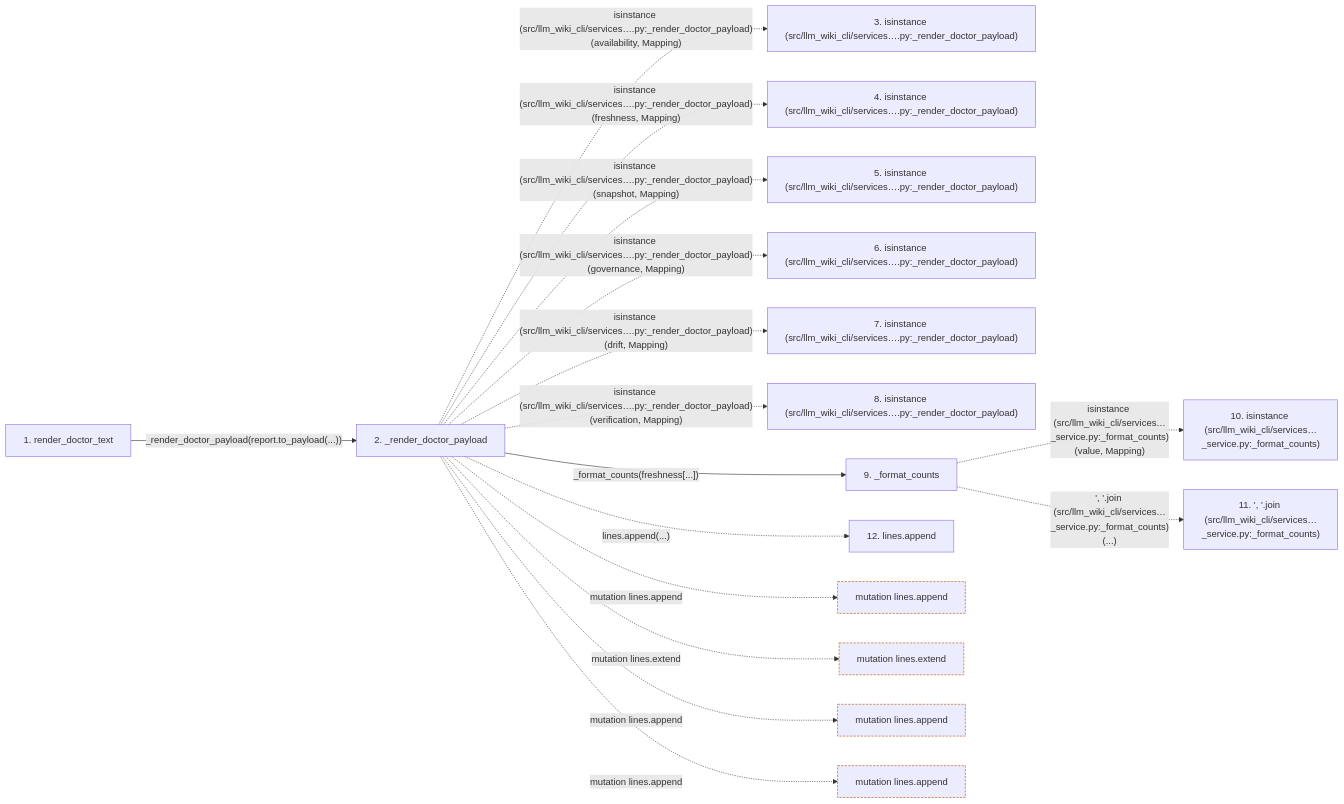
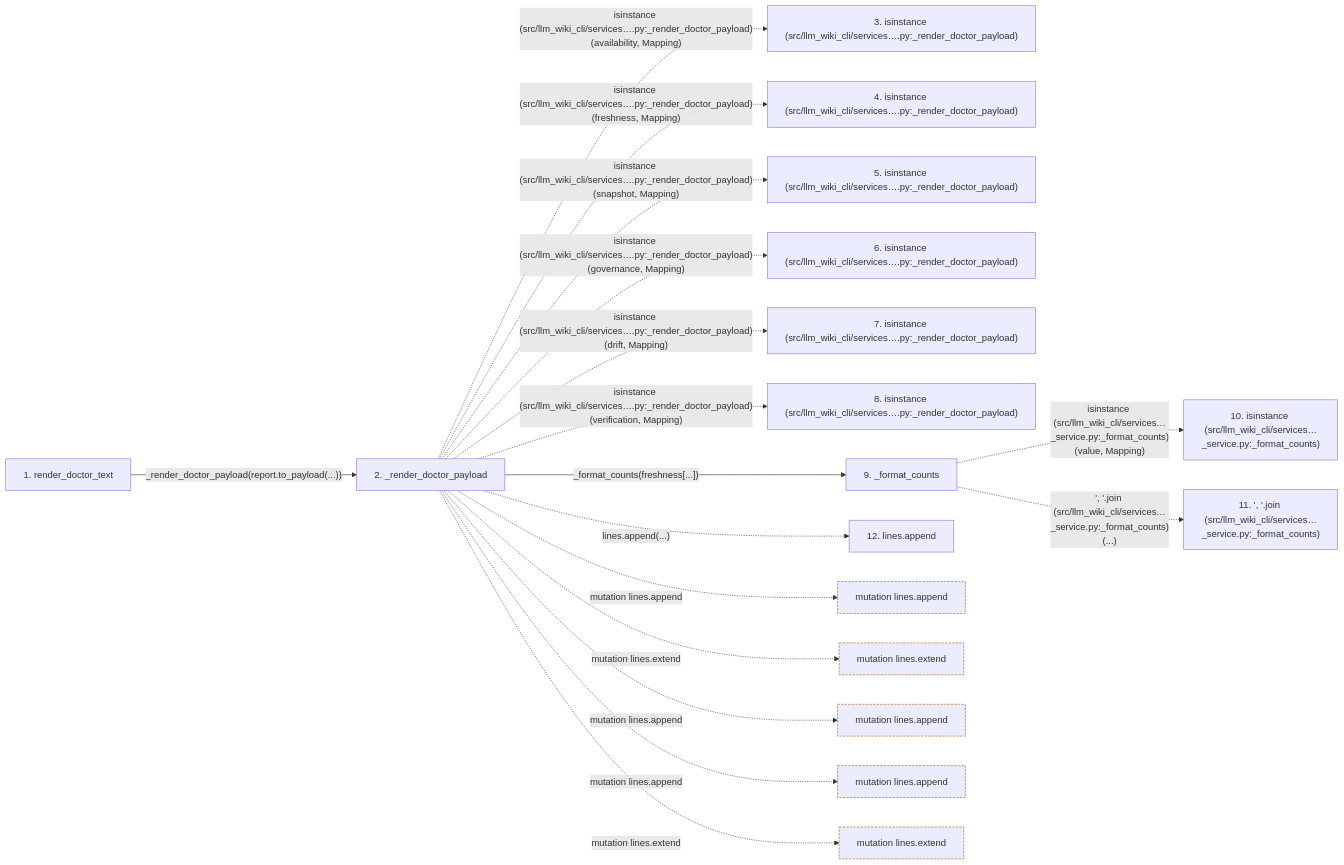
Before and after one commit to Denissvgn/python-wiki-llm: the second of 2 diagrams in docs/llm_wiki/flows/api-render_doctor_text.md, drawn with Mermaid. The commit also changed other lines of this file and 727 other files, not shown here.

````diff
--- a/docs/llm_wiki/flows/api-render_doctor_text.md
+++ b/docs/llm_wiki/flows/api-render_doctor_text.md
@@ -46,42 +70,45 @@
 ```mermaid
 flowchart LR
     s1["1. render_doctor_text"]
     s2["2. _render_doctor_payload"]
     s3["3. isinstance (src/llm_wiki_cli/services….py:_render_doctor_payload)"]
     s4["4. isinstance (src/llm_wiki_cli/services….py:_render_doctor_payload)"]
     s5["5. isinstance (src/llm_wiki_cli/services….py:_render_doctor_payload)"]
     s6["6. isinstance (src/llm_wiki_cli/services….py:_render_doctor_payload)"]
     s7["7. isinstance (src/llm_wiki_cli/services….py:_render_doctor_payload)"]
     s8["8. isinstance (src/llm_wiki_cli/services….py:_render_doctor_payload)"]
     s9["9. _format_counts"]
     s10["10. isinstance (src/llm_wiki_cli/services…_service.py:_format_counts)"]
     s11["11. ', '.join (src/llm_wiki_cli/services…_service.py:_format_counts)"]
     s12["12. lines.append"]
     s1 -->|"_render_doctor_payload(report.to_payload(...))"| s2
     s2 -. "isinstance (src/llm_wiki_cli/services….py:_render_doctor_payload)(availability, Mapping)" .-> s3
     s2 -. "isinstance (src/llm_wiki_cli/services….py:_render_doctor_payload)(freshness, Mapping)" .-> s4
     s2 -. "isinstance (src/llm_wiki_cli/services….py:_render_doctor_payload)(snapshot, Mapping)" .-> s5
     s2 -. "isinstance (src/llm_wiki_cli/services….py:_render_doctor_payload)(governance, Mapping)" .-> s6
     s2 -. "isinstance (src/llm_wiki_cli/services….py:_render_doctor_payload)(drift, Mapping)" .-> s7
     s2 -. "isinstance (src/llm_wiki_cli/services….py:_render_doctor_payload)(verification, Mapping)" .-> s8
     s2 -->|"_format_counts(freshness[...])"| s9
     s9 -. "isinstance (src/llm_wiki_cli/services…_service.py:_format_counts)(value, Mapping)" .-> s10
     s9 -. "', '.join (src/llm_wiki_cli/services…_service.py:_format_counts)(...)" .-> s11
     s2 -. "lines.append(...)" .-> s12
     b0["mutation lines.append"]
     s2 -. "mutation lines.append" .-> b0
     b1["mutation lines.extend"]
     s2 -. "mutation lines.extend" .-> b1
     b2["mutation lines.append"]
     s2 -. "mutation lines.append" .-> b2
     b3["mutation lines.append"]
     s2 -. "mutation lines.append" .-> b3
+    b4["mutation lines.extend"]
+    s2 -. "mutation lines.extend" .-> b4
     click s1 "../modules/doctor_service.md"
     click s2 "../modules/doctor_service.md"
     click s9 "../modules/doctor_service.md"
     classDef boundary stroke:#b45309,stroke-dasharray: 4 2
     class b0 boundary
     class b1 boundary
     class b2 boundary
     class b3 boundary
+    class b4 boundary
 ```
````
